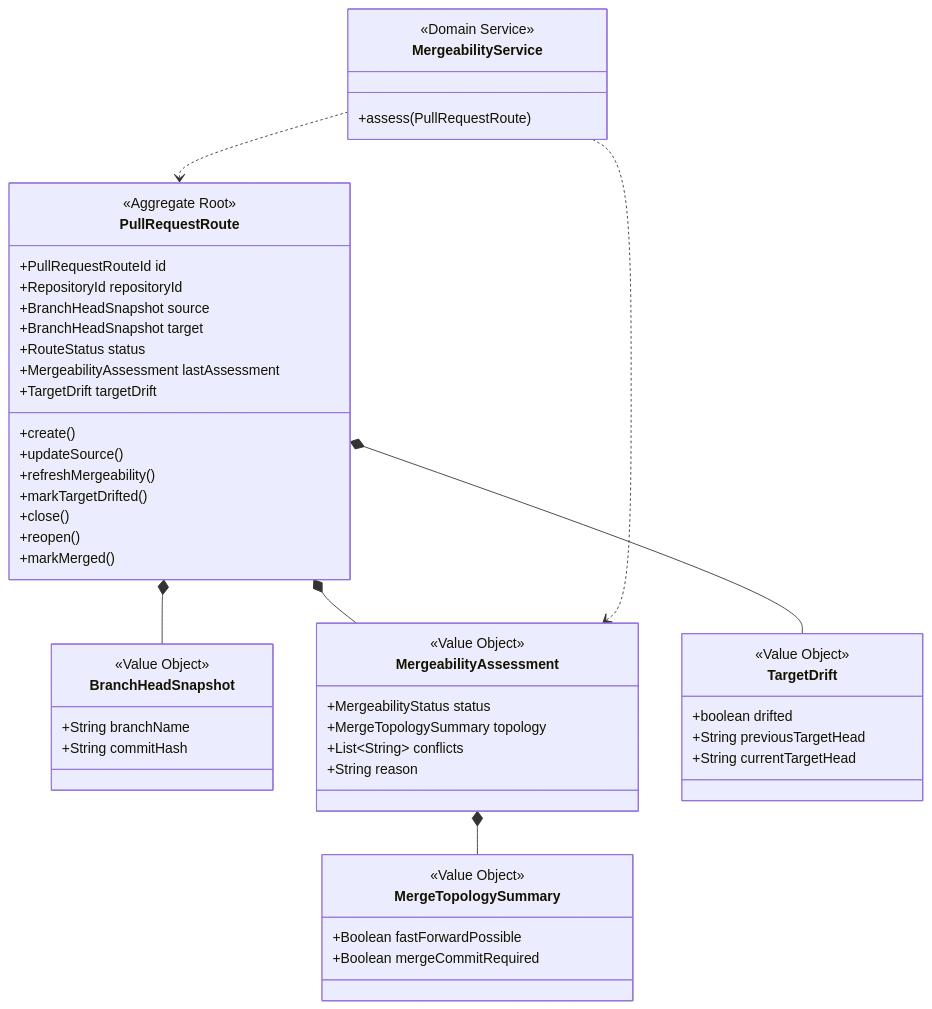
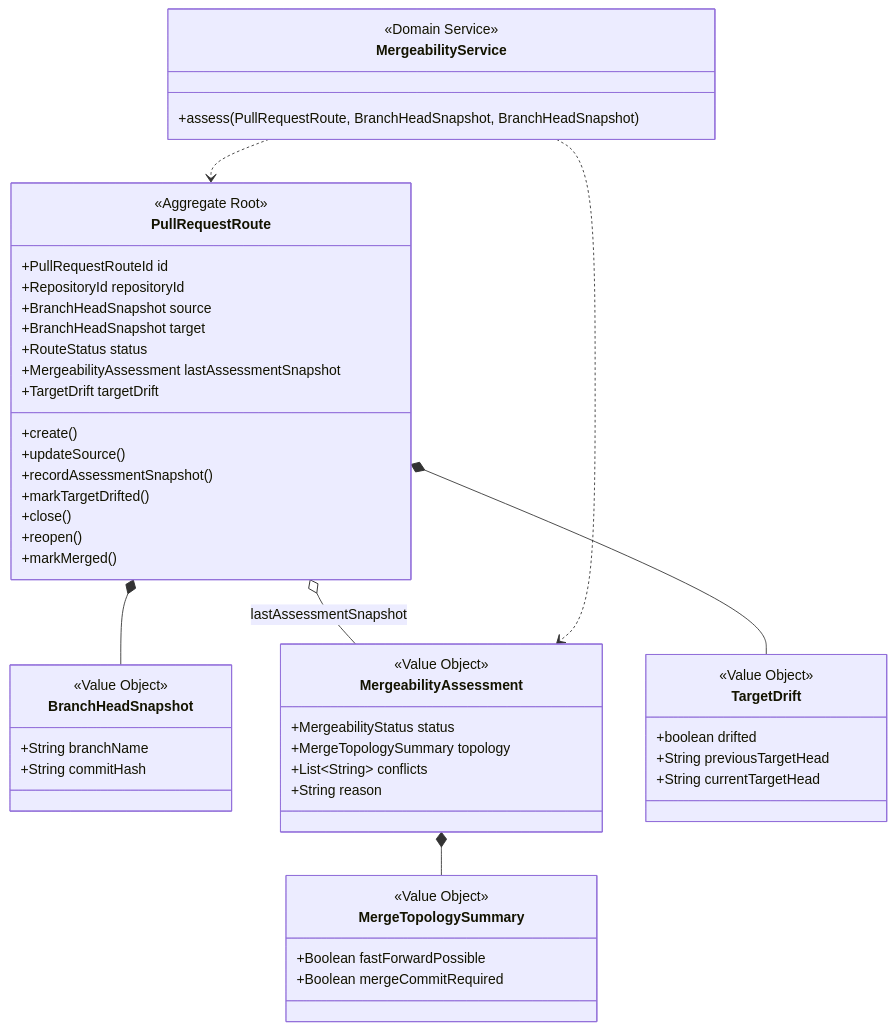
Before and after one commit to jgitkins/jgitkins: the diagram in docs/modeling/domain/change-graph-context.md, drawn with Mermaid. The commit also changed other lines of this file and 17 other files, not shown here.

Commit message:
refactor: 2.14 [server] introduce change graph mergeability assessment

````diff
--- a/docs/modeling/domain/change-graph-context.md
+++ b/docs/modeling/domain/change-graph-context.md
@@ -84,59 +115,59 @@
 ```mermaid
 classDiagram
     class PullRequestRoute {
         <<Aggregate Root>>
         +PullRequestRouteId id
         +RepositoryId repositoryId
         +BranchHeadSnapshot source
         +BranchHeadSnapshot target
         +RouteStatus status
-        +MergeabilityAssessment lastAssessment
+        +MergeabilityAssessment lastAssessmentSnapshot
         +TargetDrift targetDrift
         +create()
         +updateSource()
-        +refreshMergeability()
+        +recordAssessmentSnapshot()
         +markTargetDrifted()
         +close()
         +reopen()
         +markMerged()
     }
 
     class BranchHeadSnapshot {
         <<Value Object>>
         +String branchName
         +String commitHash
     }
 
     class MergeabilityAssessment {
         <<Value Object>>
         +MergeabilityStatus status
         +MergeTopologySummary topology
         +List~String~ conflicts
         +String reason
     }
 
     class MergeTopologySummary {
         <<Value Object>>
         +Boolean fastForwardPossible
         +Boolean mergeCommitRequired
     }
 
     class TargetDrift {
         <<Value Object>>
         +boolean drifted
         +String previousTargetHead
         +String currentTargetHead
     }
 
     class MergeabilityService {
         <<Domain Service>>
-        +assess(PullRequestRoute)
+        +assess(PullRequestRoute, BranchHeadSnapshot, BranchHeadSnapshot)
     }
 
     PullRequestRoute *-- BranchHeadSnapshot
-    PullRequestRoute *-- MergeabilityAssessment
+    PullRequestRoute o-- MergeabilityAssessment : lastAssessmentSnapshot
     PullRequestRoute *-- TargetDrift
     MergeabilityAssessment *-- MergeTopologySummary
     MergeabilityService ..> PullRequestRoute
     MergeabilityService ..> MergeabilityAssessment
 ```
````
